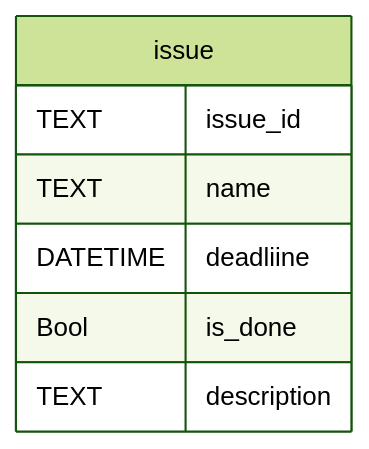
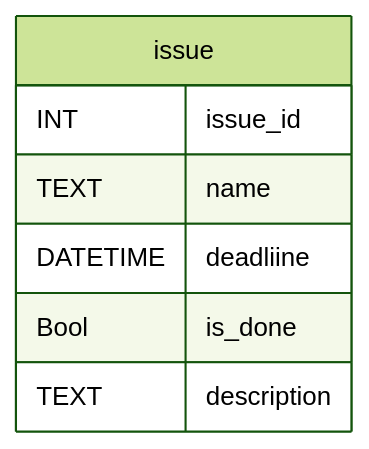
The diagram in README.md (paulbattel2006-coder/issue-tracker), drawn with Mermaid (forest theme) before and after one commit.

````diff
--- a/README.md
+++ b/README.md
@@ -5,12 +5,12 @@
 ```mermaid
 erDiagram
 
 issue {
-  TEXT issue_id
+  INT issue_id
   TEXT name
   DATETIME deadliine
   Bool is_done
   TEXT description
 }
 
 ```
````
